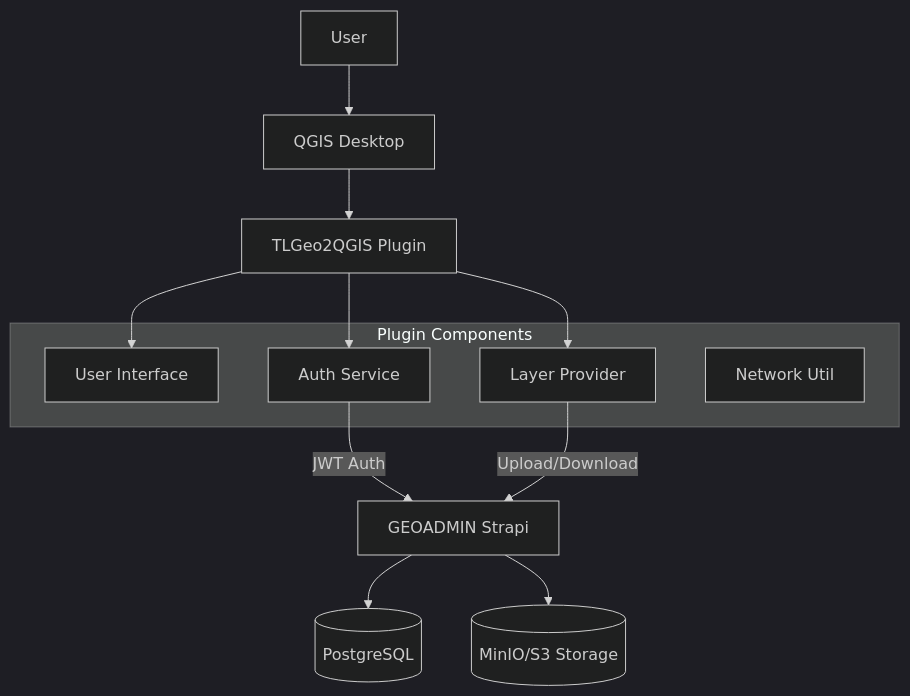
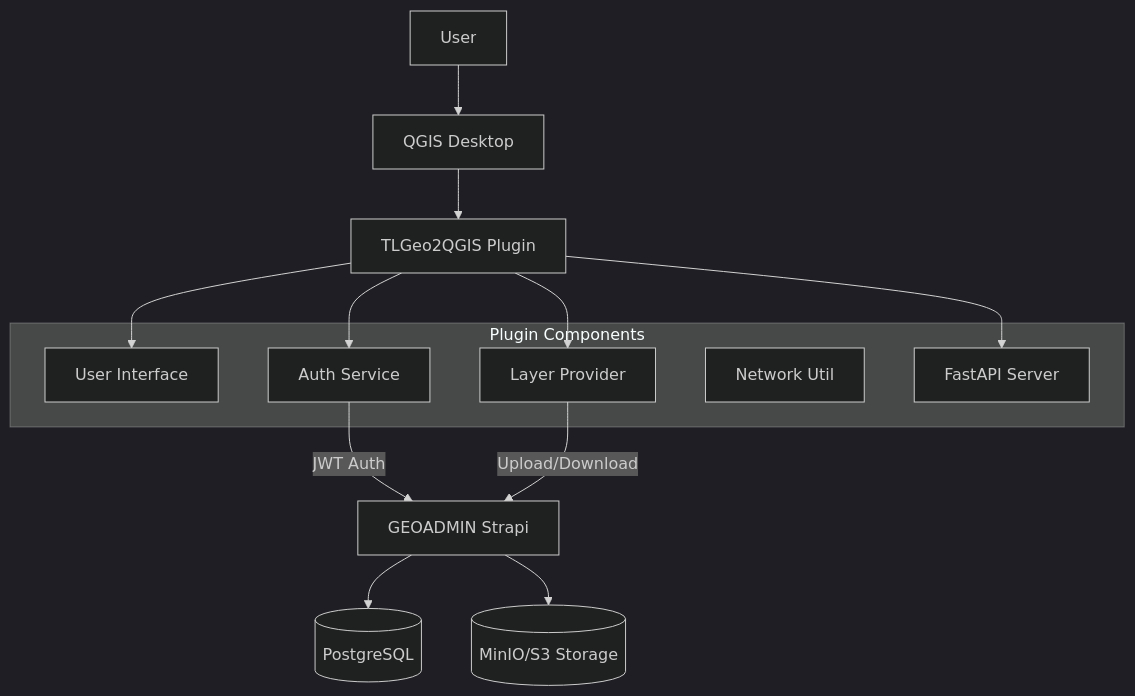
Before and after one commit to tlgeo/tlgeo2qgis: the first of 4 diagrams in docs/architecture/OVERVIEW.md, drawn with Mermaid (dark theme). The commit also changed other lines of this file and 3 other files, not shown here.

````diff
--- a/docs/architecture/OVERVIEW.md
+++ b/docs/architecture/OVERVIEW.md
@@ -7,22 +7,24 @@
 ```mermaid
 graph TD
     User[User] --> QGIS[QGIS Desktop]
     QGIS --> Plugin[TLGeo2QGIS Plugin]
-    
+
     subgraph Plugin Components
         UI[User Interface]
         Auth[Auth Service]
         Layer[Layer Provider]
         Net[Network Util]
+        FastAPI[FastAPI Server]
     end
-    
+
     Plugin --> UI
     Plugin --> Auth
     Plugin --> Layer
-    
+    Plugin --> FastAPI
+
     Auth -->|JWT Auth| Strapi[GEOADMIN Strapi]
     Layer -->|Upload/Download| Strapi
-    
+
     Strapi --> DB[(PostgreSQL)]
     Strapi --> S3[(MinIO/S3 Storage)]
 ```
````
